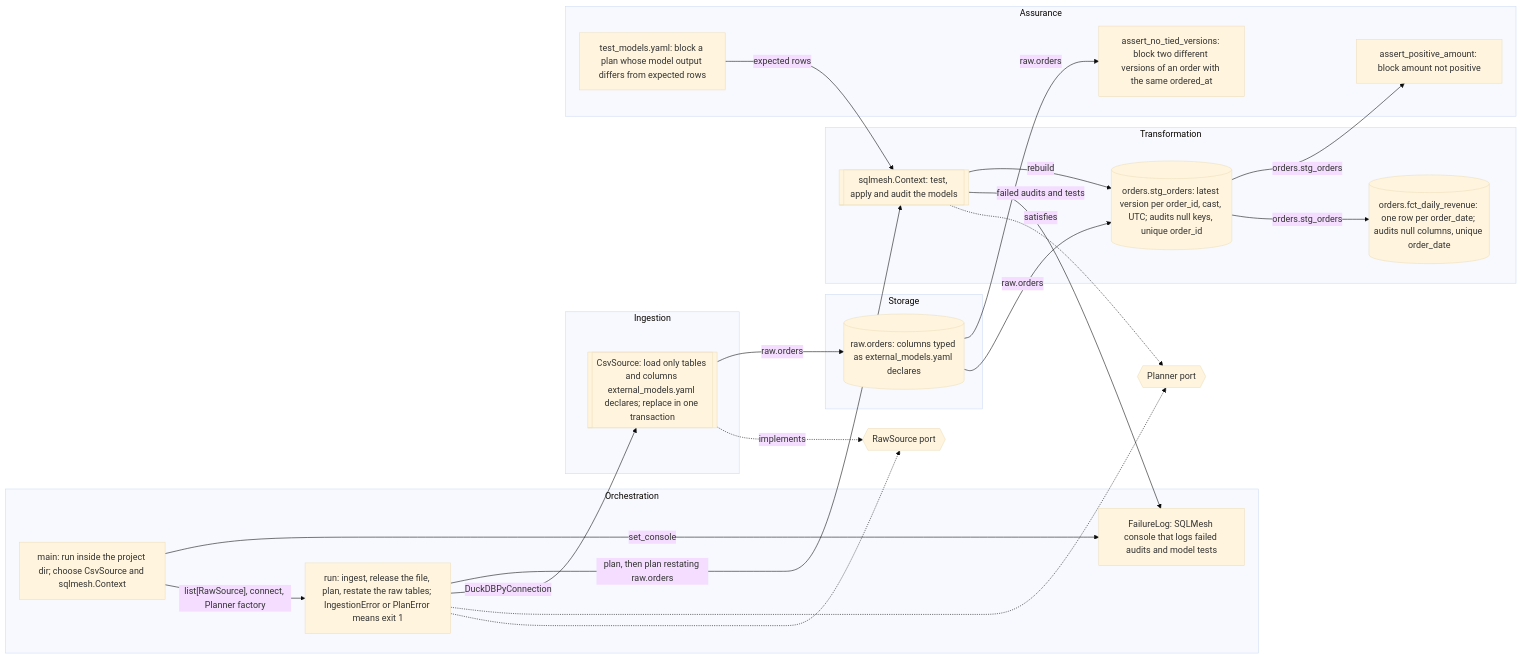
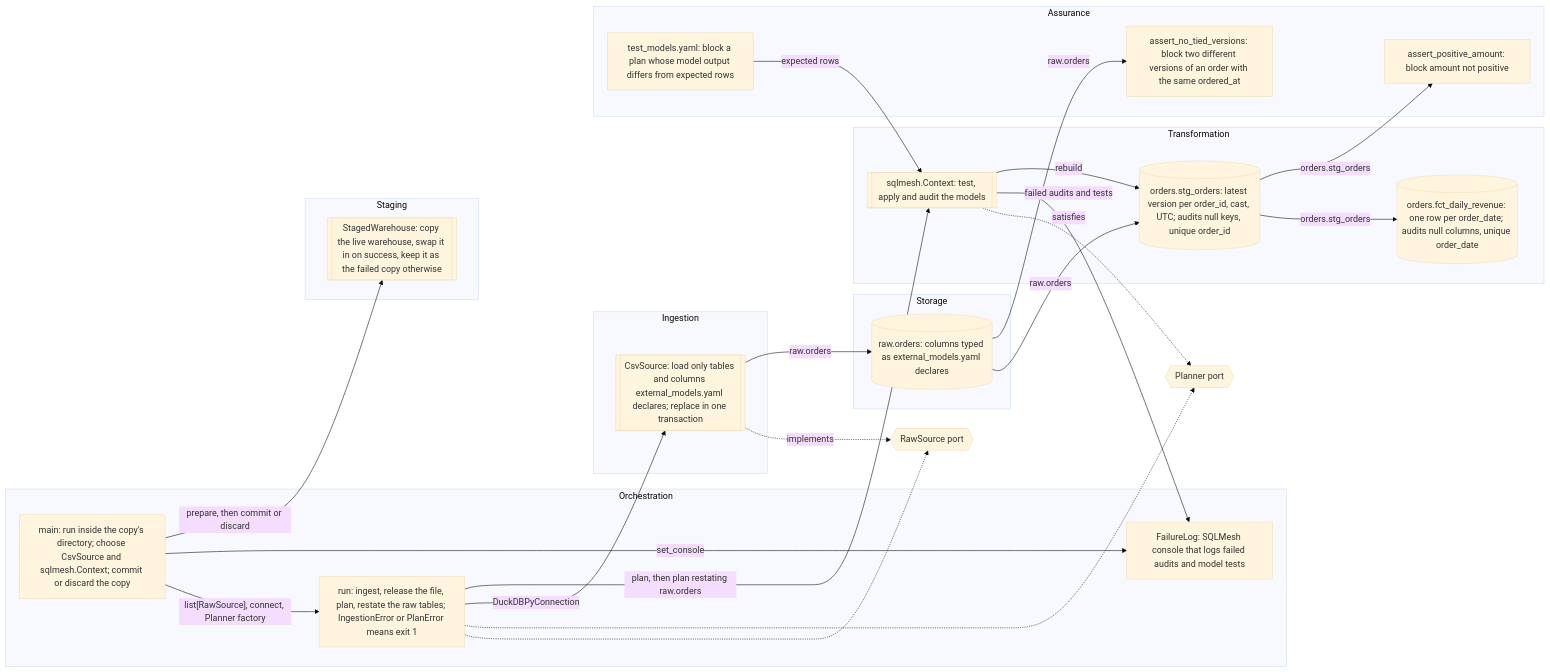
One commit to CarlosSolrac/template-sqlmesh-duckdb changed the third of 4 diagrams in docs/design.md. Above: the diagram before and after it, drawn with Mermaid (base theme). The commit also changed other lines of this file and 3 other files, not shown here.

Commit message:
Document the staged warehouse: ADR-0007, README and design.md

````diff
--- a/docs/design.md
+++ b/docs/design.md
@@ -82,42 +86,46 @@
 ```mermaid
 flowchart LR
     subgraph Orchestration
-        Main["main: run inside the project dir; choose CsvSource and sqlmesh.Context"]
+        Main["main: run inside the copy's directory; choose CsvSource and sqlmesh.Context; commit or discard the copy"]
         Run["run: ingest, release the file, plan, restate the raw tables; IngestionError or PlanError means exit 1"]
         Log["FailureLog: SQLMesh console that logs failed audits and model tests"]
     end
     subgraph Ingestion
         Csv[["CsvSource: load only tables and columns external_models.yaml declares; replace in one transaction"]]
+    end
+    subgraph Staging
+        Staged[["StagedWarehouse: copy the live warehouse, swap it in on success, keep it as the failed copy otherwise"]]
     end
     subgraph Transformation
         Context[["sqlmesh.Context: test, apply and audit the models"]]
         Stg[("orders.stg_orders: latest version per order_id, cast, UTC; audits null keys, unique order_id")]
         Fct[("orders.fct_daily_revenue: one row per order_date; audits null columns, unique order_date")]
     end
     subgraph Assurance
         PositiveAudit["assert_positive_amount: block amount not positive"]
         TiedAudit["assert_no_tied_versions: block two different versions of an order with the same ordered_at"]
         ModelTests["test_models.yaml: block a plan whose model output differs from expected rows"]
     end
     subgraph Storage
         Raw[("raw.orders: columns typed as external_models.yaml declares")]
     end
     RawSource{{"RawSource port"}}
     Planner{{"Planner port"}}
     Main -->|"list[RawSource], connect, Planner factory"| Run
     Main -->|"set_console"| Log
+    Main -->|"prepare, then commit or discard"| Staged
     Run -.-> RawSource
     Csv -.->|implements| RawSource
     Run -.-> Planner
     Context -.->|satisfies| Planner
     Run -->|"DuckDBPyConnection"| Csv
     Csv -->|"raw.orders"| Raw
     Run -->|"plan, then plan restating raw.orders"| Context
     Context -->|"failed audits and tests"| Log
     ModelTests -->|"expected rows"| Context
     Context -->|"rebuild"| Stg
     Raw -->|"raw.orders"| Stg
     Stg -->|"orders.stg_orders"| Fct
     Stg -->|"orders.stg_orders"| PositiveAudit
     Raw -->|"raw.orders"| TiedAudit
 ```
````
